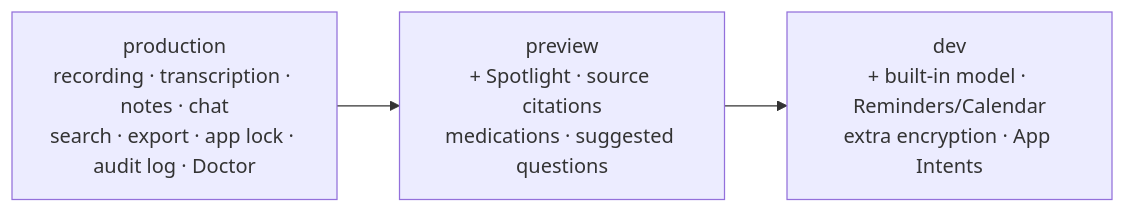
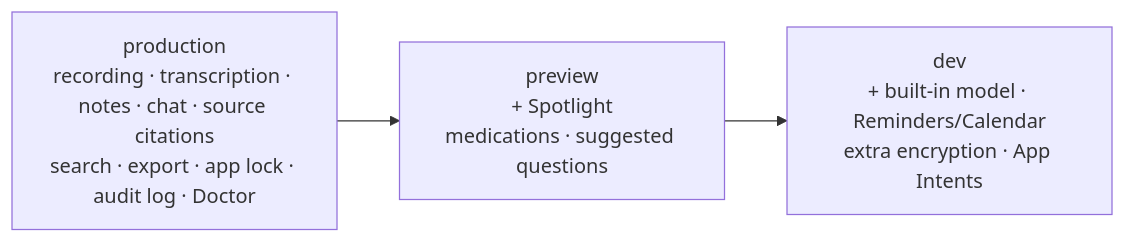
The fourth of 5 diagrams in README.md (mgwedd/aletheia), drawn with Mermaid before and after one commit. The commit also changed other lines of this file and 2 other files, not shown here.

Commit message:
feat(tiers): ship source citations in production

````diff
--- a/README.md
+++ b/README.md
@@ -163,7 +163,7 @@
 ```mermaid
 flowchart LR
-  P["production<br/>recording · transcription · notes · chat<br/>search · export · app lock · audit log · Doctor"]
-  V["preview<br/>+ Spotlight · source citations<br/>medications · suggested questions"]
+  P["production<br/>recording · transcription · notes · chat · source citations<br/>search · export · app lock · audit log · Doctor"]
+  V["preview<br/>+ Spotlight<br/>medications · suggested questions"]
   D["dev<br/>+ built-in model · Reminders/Calendar<br/>extra encryption · App Intents"]
   P --> V --> D
 ```
````
